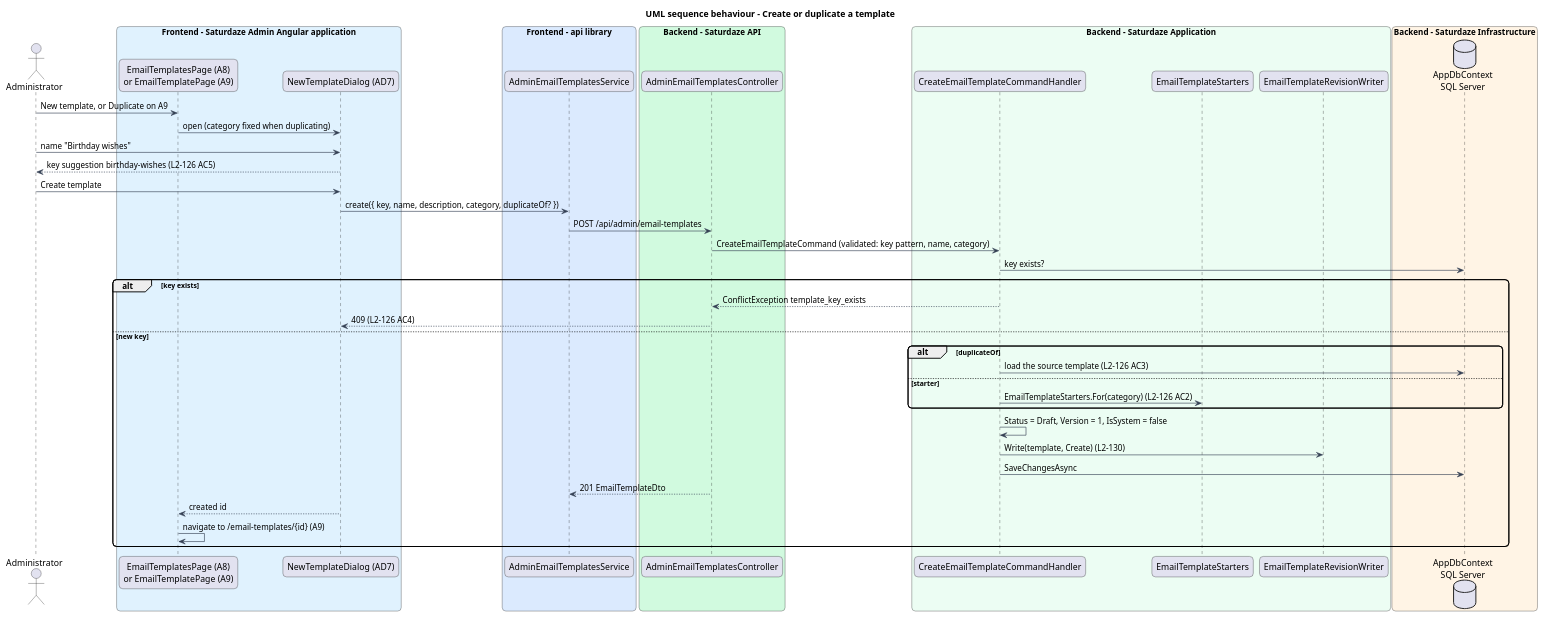
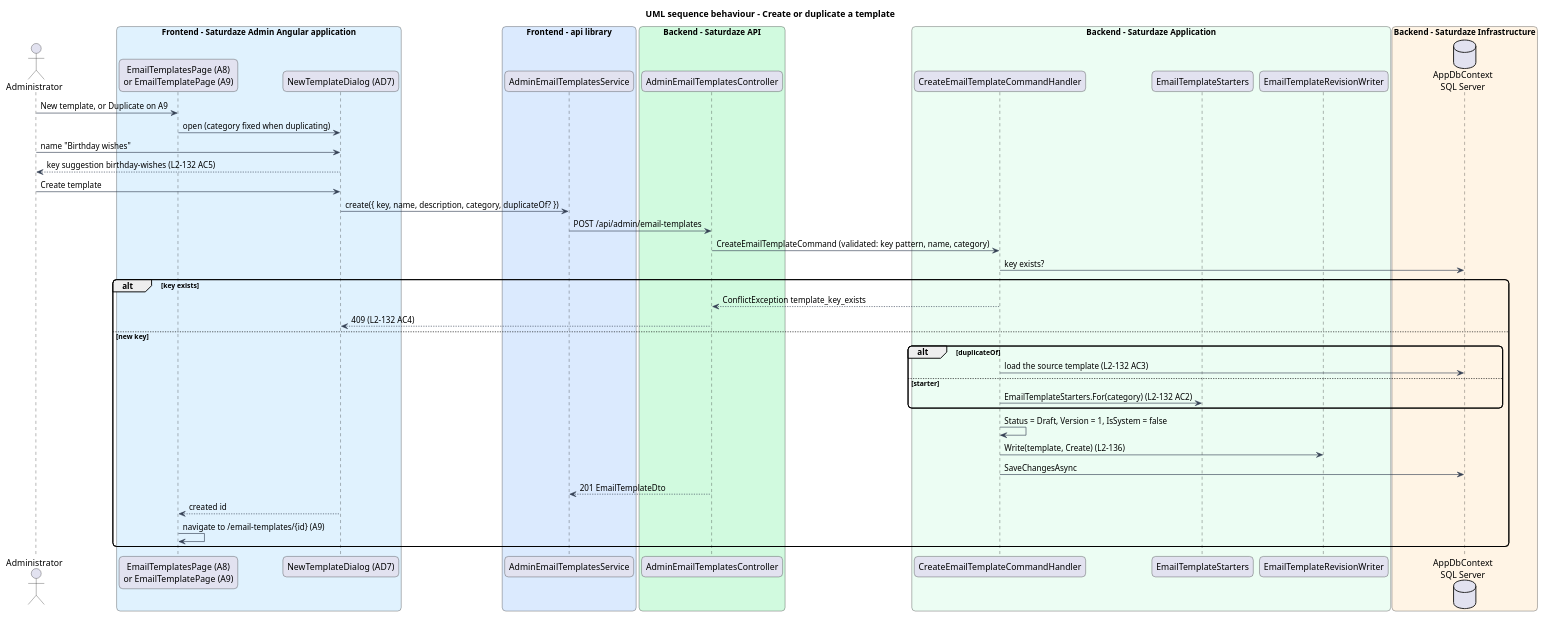
One commit to QuinntyneBrown/saturdaze changed the diagram in docs/detailed-designs/administration/manage-email-templates/diagrams/sequence-create.puml. Above: the diagram before and after it, drawn with PlantUML. The commit also changed 100 other files, not shown here.

First line of the commit message:
Renumber email template IDs to follow main's family members work

```diff
--- a/docs/detailed-designs/administration/manage-email-templates/diagrams/sequence-create.puml
+++ b/docs/detailed-designs/administration/manage-email-templates/diagrams/sequence-create.puml
@@ -1,52 +1,52 @@
 @startuml
 title UML sequence behaviour - Create or duplicate a template
 skinparam backgroundColor #FFFFFF
 skinparam shadowing false
 skinparam roundcorner 12
 skinparam defaultFontName Arial
 skinparam ArrowColor #344054
 actor "Administrator" as actor
 box "Frontend - Saturdaze Admin Angular application" #E0F2FE
  participant "EmailTemplatesPage (A8)\nor EmailTemplatePage (A9)" as page
  participant "NewTemplateDialog (AD7)" as dialog
 end box
 box "Frontend - api library" #DBEAFE
  participant "AdminEmailTemplatesService" as client
 end box
 box "Backend - Saturdaze API" #D1FADF
  participant "AdminEmailTemplatesController" as controller
 end box
 box "Backend - Saturdaze Application" #ECFDF3
  participant "CreateEmailTemplateCommandHandler" as handler
  participant "EmailTemplateStarters" as catalog
  participant "EmailTemplateRevisionWriter" as revisions
 end box
 box "Backend - Saturdaze Infrastructure" #FFF4E5
  database "AppDbContext\nSQL Server" as db
 end box
 actor -> page : New template, or Duplicate on A9
 page -> dialog : open (category fixed when duplicating)
 actor -> dialog : name "Birthday wishes"
-dialog --> actor : key suggestion birthday-wishes (L2-126 AC5)
+dialog --> actor : key suggestion birthday-wishes (L2-132 AC5)
 actor -> dialog : Create template
 dialog -> client : create({ key, name, description, category, duplicateOf? })
 client -> controller : POST /api/admin/email-templates
 controller -> handler : CreateEmailTemplateCommand (validated: key pattern, name, category)
 handler -> db : key exists?
 alt key exists
   handler --> controller : ConflictException template_key_exists
-  controller --> dialog : 409 (L2-126 AC4)
+  controller --> dialog : 409 (L2-132 AC4)
 else new key
   alt duplicateOf
-    handler -> db : load the source template (L2-126 AC3)
+    handler -> db : load the source template (L2-132 AC3)
   else starter
-    handler -> catalog : EmailTemplateStarters.For(category) (L2-126 AC2)
+    handler -> catalog : EmailTemplateStarters.For(category) (L2-132 AC2)
   end
   handler -> handler : Status = Draft, Version = 1, IsSystem = false
-  handler -> revisions : Write(template, Create) (L2-130)
+  handler -> revisions : Write(template, Create) (L2-136)
   handler -> db : SaveChangesAsync
   controller --> client : 201 EmailTemplateDto
   dialog --> page : created id
   page -> page : navigate to /email-templates/{id} (A9)
 end
 @enduml
```
